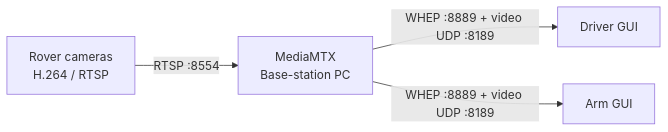
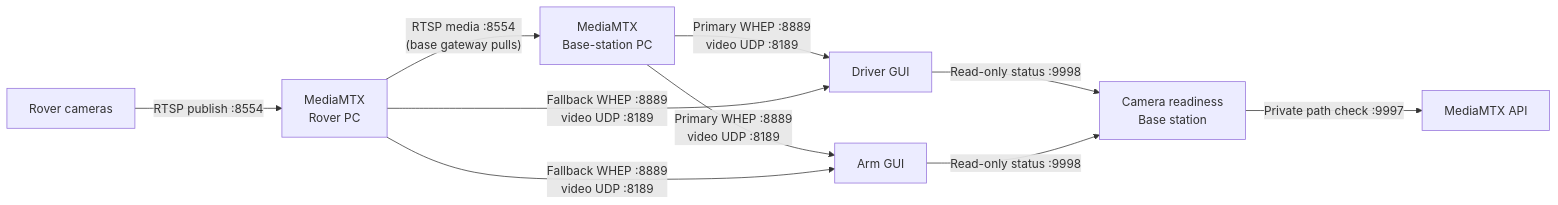
One commit to deakin-robotics/Chasmata-2027 changed the second of 2 diagrams in basestation/README.md. Above: the diagram before and after it, drawn with Mermaid. The commit also changed other lines of this file and 25 other files, not shown here.

Commit message:
Add rover MediaMTX fallback for base-station camera outages

````diff
--- a/basestation/README.md
+++ b/basestation/README.md
@@ -51,6 +51,12 @@
 ```mermaid
 flowchart LR
-    cameras["Rover cameras\nH.264 / RTSP"] -->|"RTSP :8554"| media["MediaMTX\nBase-station PC"]
-    media -->|"WHEP :8889 + video UDP :8189"| driver["Driver GUI"]
-    media -->|"WHEP :8889 + video UDP :8189"| arm["Arm GUI"]
+    cameras["Rover cameras"] -->|"RTSP publish :8554"| roverMedia["MediaMTX\nRover PC"]
+    roverMedia -->|"RTSP media :8554\n(base gateway pulls)"| baseMedia["MediaMTX\nBase-station PC"]
+    baseMedia -->|"Primary WHEP :8889\nvideo UDP :8189"| driver["Driver GUI"]
+    baseMedia -->|"Primary WHEP :8889\nvideo UDP :8189"| arm["Arm GUI"]
+    roverMedia -->|"Fallback WHEP :8889\nvideo UDP :8189"| driver
+    roverMedia -->|"Fallback WHEP :8889\nvideo UDP :8189"| arm
+    driver -->|"Read-only status :9998"| health["Camera readiness\nBase station"]
+    arm -->|"Read-only status :9998"| health
+    health -->|"Private path check :9997"| api["MediaMTX API"]
 ```
````
